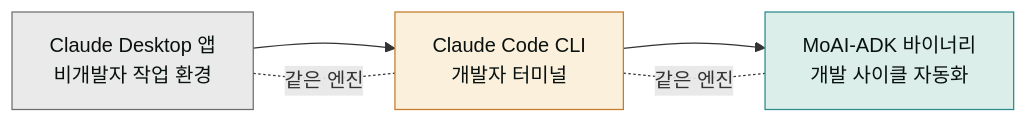
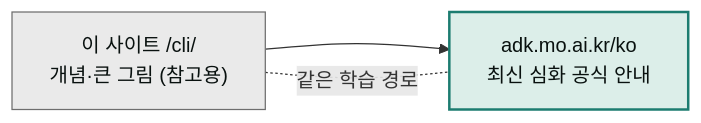
One commit to modu-ai/claude changed the diagram in www/content/cli/_index.md. Above: the diagram before and after it, drawn with Mermaid. The commit also changed other lines of this file and 51 other files, not shown here.

````diff
--- a/www/content/cli/_index.md
+++ b/www/content/cli/_index.md
@@ -16,11 +34,8 @@
 ```mermaid
 flowchart LR
-    A["Claude Desktop 앱<br/>비개발자 작업 환경"] --> B["Claude Code CLI<br/>개발자 터미널"]
-    B --> C["MoAI-ADK 바이너리<br/>개발 사이클 자동화"]
-    A -. 같은 엔진 .- B
-    B -. 같은 엔진 .- C
+    A["이 사이트 /cli/<br/>개념·큰 그림 (참고용)"] --> B["adk.mo.ai.kr/ko<br/>최신 심화 공식 안내"]
+    A -. 같은 학습 경로 .- B
 
     style A fill:#eaeaea,stroke:#6e6e6e,color:#09110f
-    style B fill:#fbf0dc,stroke:#c47b2a,color:#09110f
-    style C fill:#dceee9,stroke:#2a8a8c,color:#09110f
+    style B fill:#dceee9,stroke:#1c7c70,stroke-width:2px,color:#09110f
 ```
````
